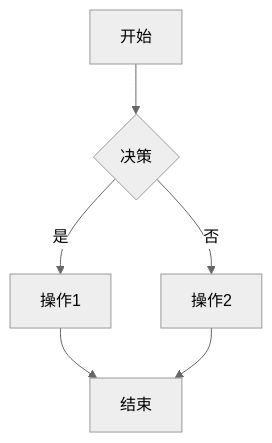
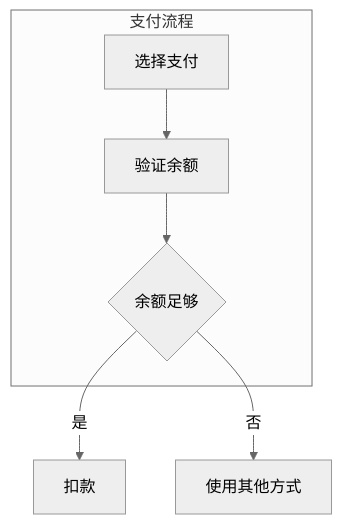
The third of 6 diagrams in agents/flow-verifier.md (winsonwq/spec-forge), drawn with Mermaid (neutral theme) before and after one commit. The commit also changed other lines of this file, not shown here.

First line of the commit message:
Enhance: flow-verifier 掌握完整 Mermaid 语法

````diff
--- a/agents/flow-verifier.md
+++ b/agents/flow-verifier.md
@@ -30,8 +39,9 @@
 ```mermaid
 flowchart TD
-    A[开始] --> B{决策}
-    B -->|是| C[操作1]
-    B -->|否| D[操作2]
-    C --> E[结束]
-    D --> E
+    subgraph 支付流程
+        A[选择支付] --> B[验证余额]
+        B --> C{余额足够}
+    end
+    C -->|是| D[扣款]
+    C -->|否| E[使用其他方式]
 ```
````
